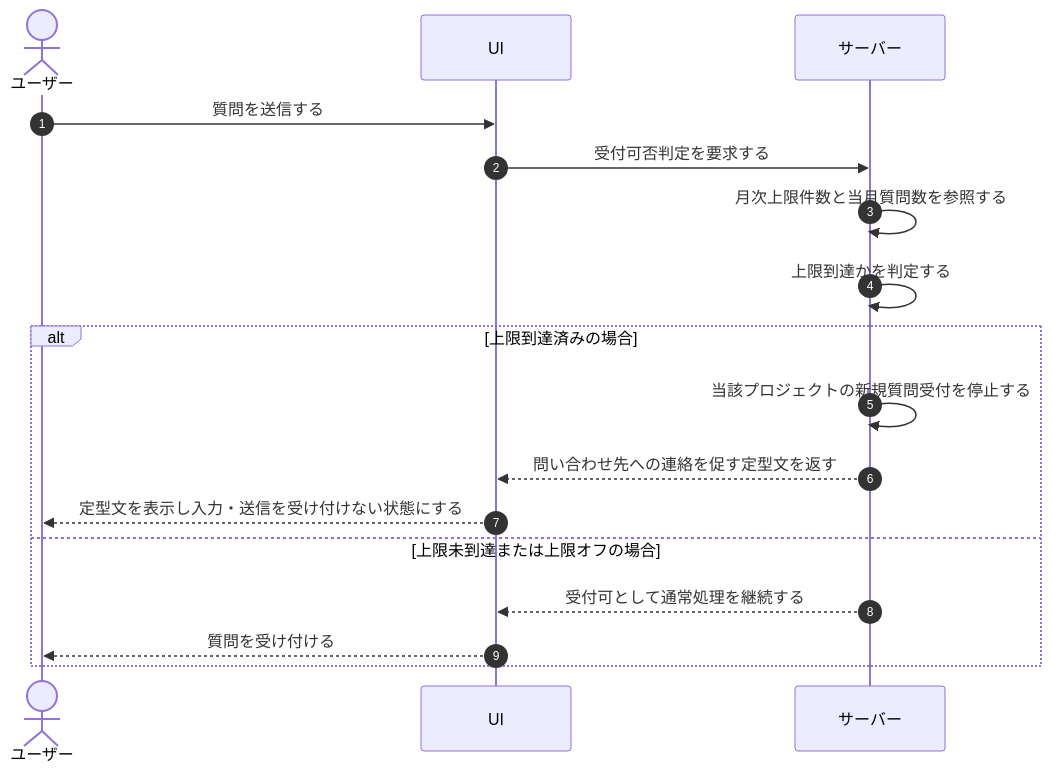
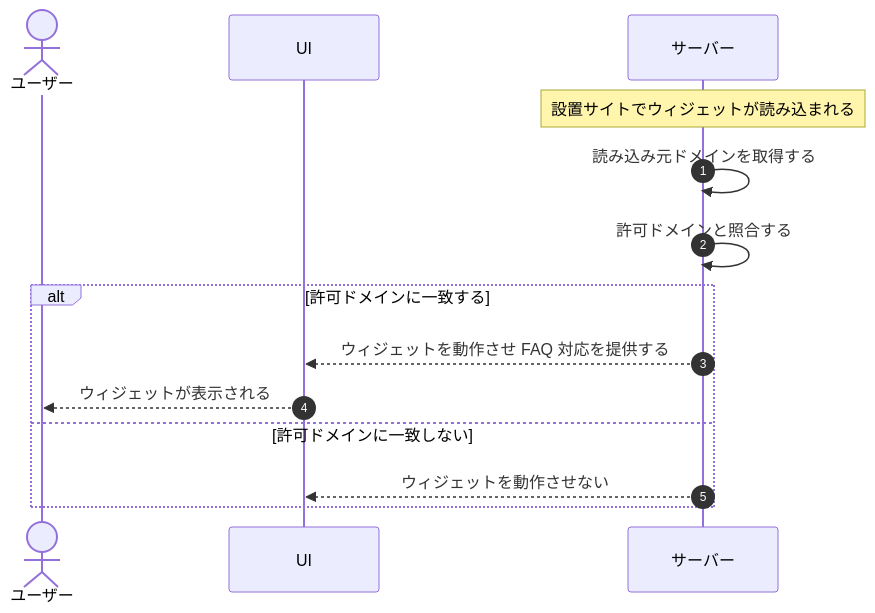
Before and after one commit to sikakou54/open-faq: the diagram in 01_requirements/04_business_usecases/UC-057.md, drawn with Mermaid. The commit also changed other lines of this file and 395 other files, not shown here.

````diff
--- a/01_requirements/04_business_usecases/UC-057.md
+++ b/01_requirements/04_business_usecases/UC-057.md
@@ -27,21 +26,17 @@
 ```mermaid
 sequenceDiagram
   autonumber
   actor U as ユーザー
   participant UI as UI
   participant S as サーバー
 
-  U->>UI: 質問を送信する
-  UI->>S: 受付可否判定を要求する
-  S->>S: 月次上限件数と当月質問数を参照する
-  S->>S: 上限到達かを判定する
-
-  alt 上限到達済みの場合
-    S->>S: 当該プロジェクトの新規質問受付を停止する
-    S-->>UI: 問い合わせ先への連絡を促す定型文を返す
-    UI-->>U: 定型文を表示し入力・送信を受け付けない状態にする
-  else 上限未到達または上限オフの場合
-    S-->>UI: 受付可として通常処理を継続する
-    UI-->>U: 質問を受け付ける
+  Note over S: 設置サイトでウィジェットが読み込まれる
+  S->>S: 読み込み元ドメインを取得する
+  S->>S: 許可ドメインと照合する
+  alt 許可ドメインに一致する
+    S-->>UI: ウィジェットを動作させ FAQ 対応を提供する
+    UI-->>U: ウィジェットが表示される
+  else 許可ドメインに一致しない
+    S-->>UI: ウィジェットを動作させない
   end
 ```
````
